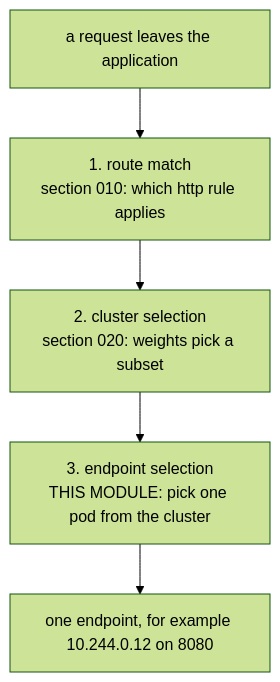
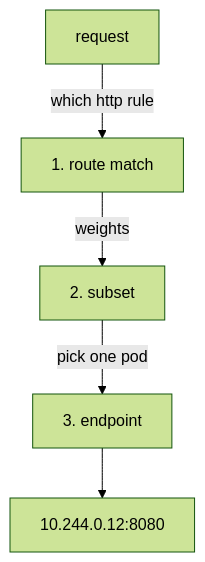
The diagram in sections/section-030/module-01/course-01-endpoint-selection-and-simple-algorithms.md (astrona-io/ATS014), drawn with Mermaid (forest theme) before and after one commit. The commit also changed other lines of this file and 444 other files, not shown here.

````diff
--- a/sections/section-030/module-01/course-01-endpoint-selection-and-simple-algorithms.md
+++ b/sections/section-030/module-01/course-01-endpoint-selection-and-simple-algorithms.md
@@ -11,7 +9,7 @@
 ```mermaid
-flowchart TD
-    R["a request leaves the application"] --> S1["1. route match<br/>section 010: which http rule applies"]
-    S1 --> S2["2. cluster selection<br/>section 020: weights pick a subset"]
-    S2 --> S3["3. endpoint selection<br/>THIS MODULE: pick one pod from the cluster"]
-    S3 --> O["one endpoint, for example 10.244.0.12 on 8080"]
+flowchart TB
+    R["request"] -->|"which http rule"| S1["1. route match"]
+    S1 -->|"weights"| S2["2. subset"]
+    S2 -->|"pick one pod"| S3["3. endpoint"]
+    S3 --> O["10.244.0.12:8080"]
 ```
````
